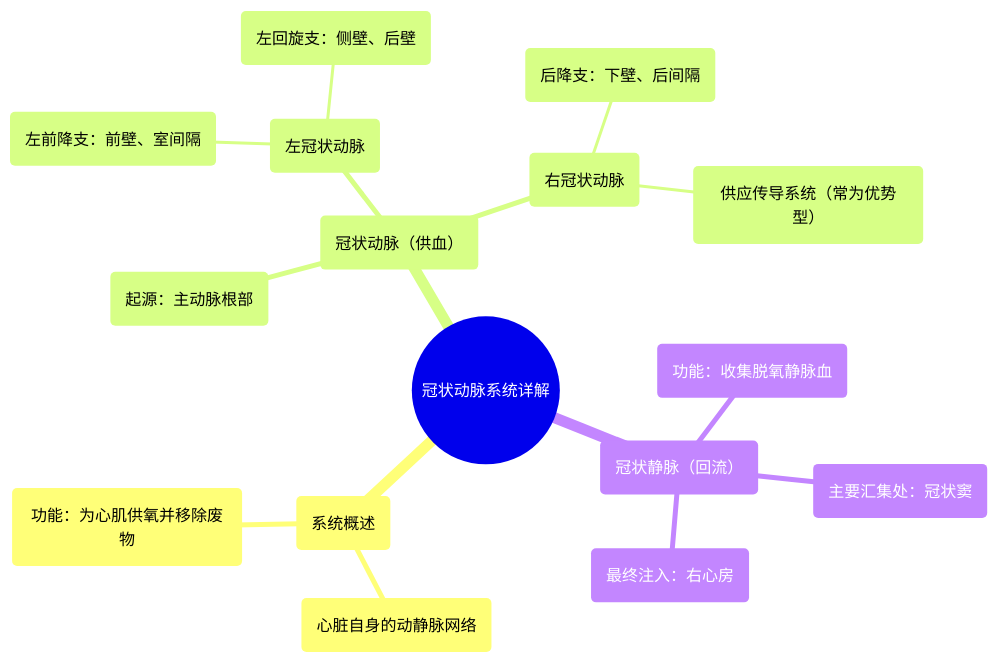
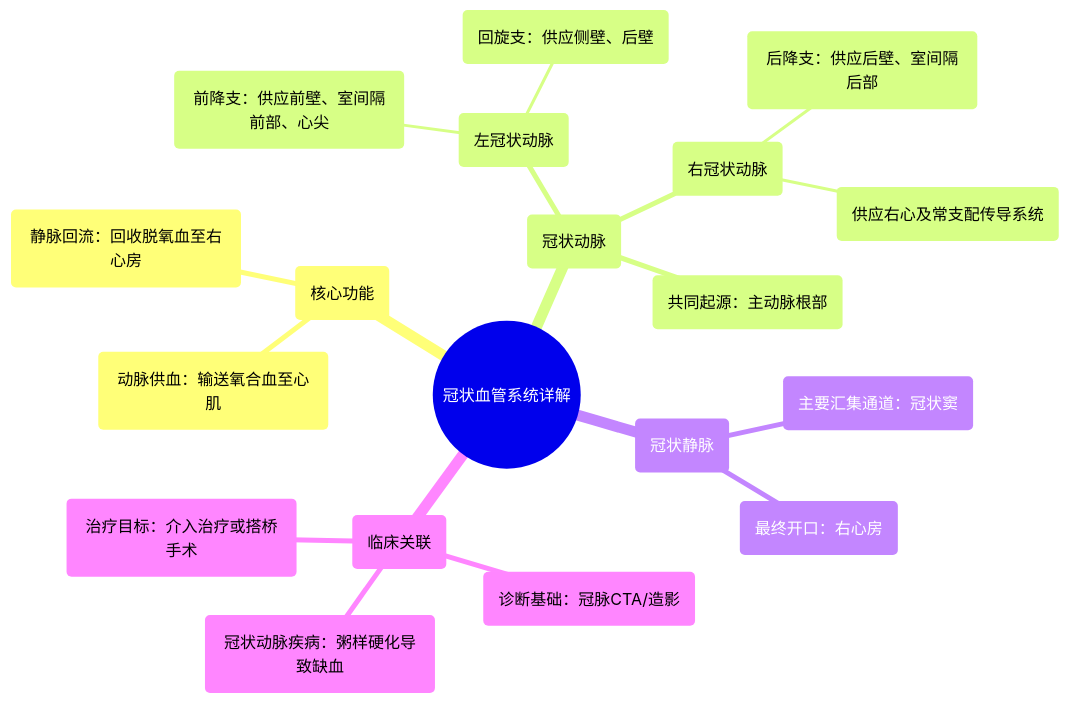
The diagram in docs/专辑 01：心脏解剖学实景课 (Heart Anatomy - Course)/14 360 video - Coronary Vessels - Explained in Mixed Reality.md (hello-47777/xinxueguan), drawn with Mermaid before and after one commit. The commit also changed other lines of this file and 414 other files, not shown here.

````diff
--- a/docs/专辑 01：心脏解剖学实景课 (Heart Anatomy - Course)/14 360 video - Coronary Vessels - Explained in Mixed Reality.md
+++ b/docs/专辑 01：心脏解剖学实景课 (Heart Anatomy - Course)/14 360 video - Coronary Vessels - Explained in Mixed Reality.md
@@ -50,19 +50,22 @@
 ```mermaid
 mindmap
-  root(("冠状动脉系统详解"))
-    ("系统概述")
-      ("心脏自身的动静脉网络")
-      ("功能：为心肌供氧并移除废物")
-    ("冠状动脉（供血）")
-      ("起源：主动脉根部")
+  root(("冠状血管系统详解"))
+    ("核心功能")
+      ("动脉供血：输送氧合血至心肌")
+      ("静脉回流：回收脱氧血至右心房")
+    ("冠状动脉")
       ("左冠状动脉")
-        ("左前降支：前壁、室间隔")
-        ("左回旋支：侧壁、后壁")
+        ("前降支：供应前壁、室间隔前部、心尖")
+        ("回旋支：供应侧壁、后壁")
       ("右冠状动脉")
-        ("后降支：下壁、后间隔")
-        ("供应传导系统（常为优势型）")
-    ("冠状静脉（回流）")
-      ("功能：收集脱氧静脉血")
-      ("主要汇集处：冠状窦")
-      ("最终注入：右心房")
+        ("后降支：供应后壁、室间隔后部")
+        ("供应右心及常支配传导系统")
+      ("共同起源：主动脉根部")
+    ("冠状静脉")
+      ("主要汇集通道：冠状窦")
+      ("最终开口：右心房")
+    ("临床关联")
+      ("冠状动脉疾病：粥样硬化导致缺血")
+      ("诊断基础：冠脉CTA/造影")
+      ("治疗目标：介入治疗或搭桥手术")
 ```
````
